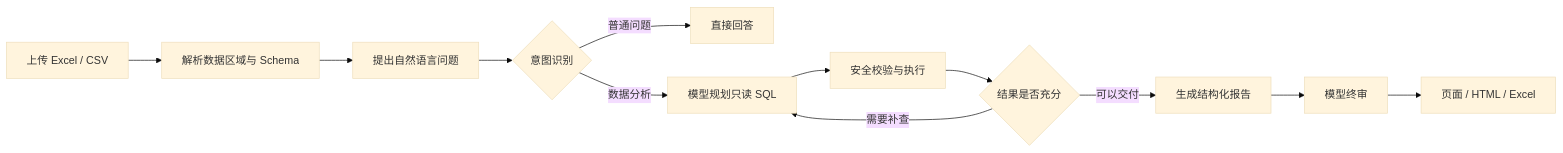
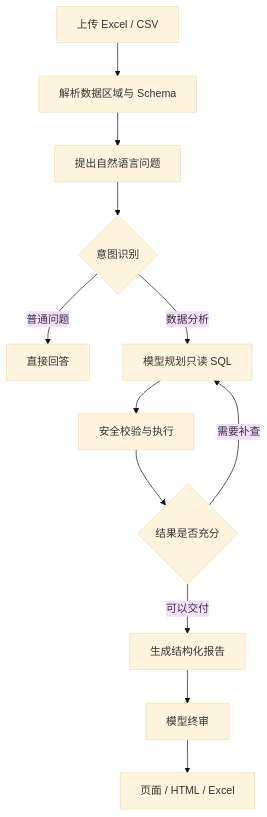
One commit to 3072074133-rgb/veralyt changed the diagram in README.md. Above: the diagram before and after it, drawn with Mermaid (base theme). The commit also changed other lines of this file, not shown here.

````diff
--- a/README.md
+++ b/README.md
@@ -30,14 +58,14 @@
 ```mermaid
-flowchart LR
+flowchart TD
     A[上传 Excel / CSV] --> B[解析数据区域与 Schema]
     B --> C[提出自然语言问题]
     C --> D{意图识别}
     D -->|普通问题| E[直接回答]
     D -->|数据分析| F[模型规划只读 SQL]
     F --> G[安全校验与执行]
     G --> H{结果是否充分}
     H -->|需要补查| F
     H -->|可以交付| I[生成结构化报告]
     I --> J[模型终审]
     J --> K[页面 / HTML / Excel]
 ```
````
